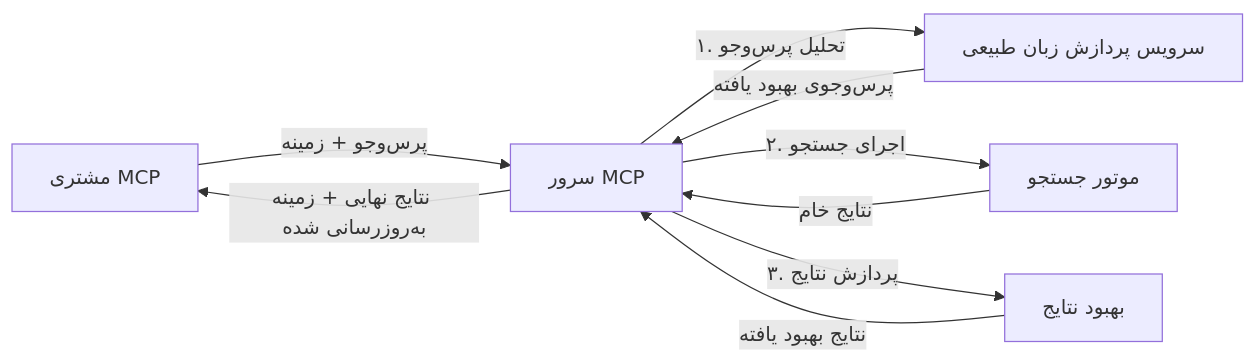
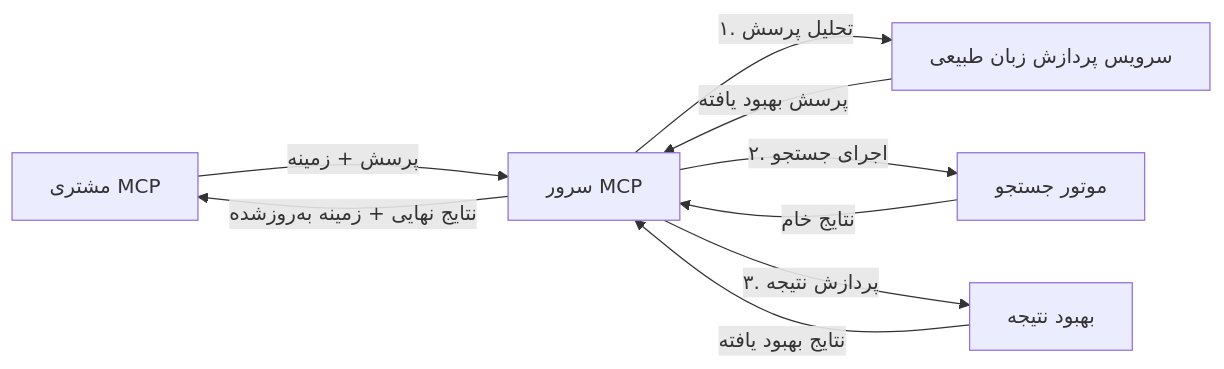
The fourth of 4 diagrams in translations/fa/05-AdvancedTopics/mcp-realtimesearch/README.md (microsoft/mcp-for-beginners), drawn with Mermaid before and after one commit. The commit also changed other lines of this file and 118 other files, not shown here.

````diff
--- a/translations/fa/05-AdvancedTopics/mcp-realtimesearch/README.md
+++ b/translations/fa/05-AdvancedTopics/mcp-realtimesearch/README.md
@@ -627,11 +628,11 @@
 ```mermaid
 graph LR
-    Client[مشتری MCP] --> |پرس‌وجو + زمینه| Server[سرور MCP]
-    Server --> |۱. تحلیل پرس‌وجو| NLP[سرویس پردازش زبان طبیعی]
-    NLP --> |پرس‌وجوی بهبود یافته| Server
+    Client[مشتری MCP] --> |پرسش + زمینه| Server[سرور MCP]
+    Server --> |۱. تحلیل پرسش| NLP[سرویس پردازش زبان طبیعی]
+    NLP --> |پرسش بهبود یافته| Server
     Server --> |۲. اجرای جستجو| Search[موتور جستجو]
     Search --> |نتایج خام| Server
-    Server --> |۳. پردازش نتایج| Enhancement[بهبود نتایج]
+    Server --> |۳. پردازش نتیجه| Enhancement[بهبود نتیجه]
     Enhancement --> |نتایج بهبود یافته| Server
-    Server --> |نتایج نهایی + زمینه به‌روزرسانی شده| Client
+    Server --> |نتایج نهایی + زمینه به‌روزشده| Client
 ```
````
